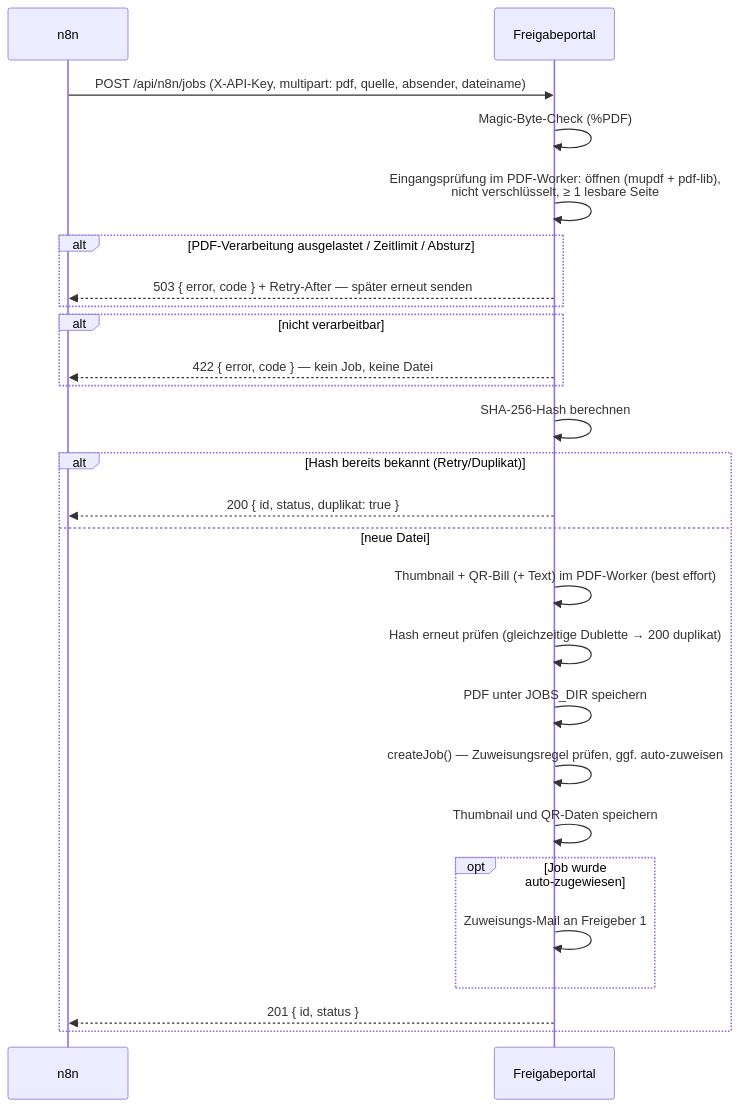
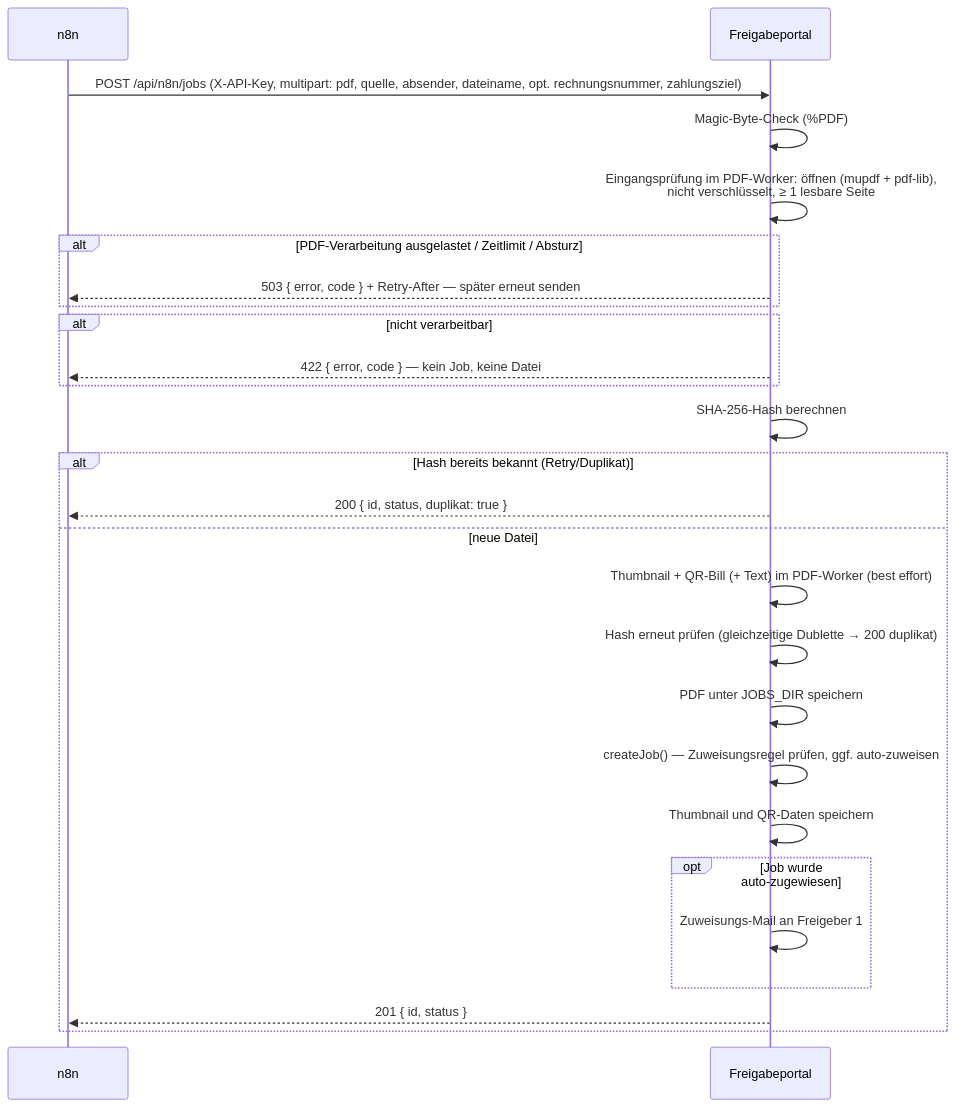
One commit to rony326/freigabeportal changed the first of 3 diagrams in docs/n8n-schnittstelle.md. Above: the diagram before and after it, drawn with Mermaid. The commit also changed other lines of this file and 11 other files, not shown here.

First line of the commit message:
feat: Rechnungsnummer und Zahlungsziel optional beim Rechnungseingang (Version 1.4.5)

````diff
--- a/docs/n8n-schnittstelle.md
+++ b/docs/n8n-schnittstelle.md
@@ -16,29 +16,29 @@
 ```mermaid
 sequenceDiagram
     participant n8n
     participant P as Freigabeportal
 
-    n8n->>P: POST /api/n8n/jobs (X-API-Key, multipart: pdf, quelle, absender, dateiname)
+    n8n->>P: POST /api/n8n/jobs (X-API-Key, multipart: pdf, quelle, absender, dateiname, opt. rechnungsnummer, zahlungsziel)
     P->>P: Magic-Byte-Check (%PDF)
     P->>P: Eingangsprüfung im PDF-Worker: öffnen (mupdf + pdf-lib),<br/>nicht verschlüsselt, ≥ 1 lesbare Seite
     alt PDF-Verarbeitung ausgelastet / Zeitlimit / Absturz
         P-->>n8n: 503 { error, code } + Retry-After — später erneut senden
     end
     alt nicht verarbeitbar
         P-->>n8n: 422 { error, code } — kein Job, keine Datei
     end
     P->>P: SHA-256-Hash berechnen
     alt Hash bereits bekannt (Retry/Duplikat)
         P-->>n8n: 200 { id, status, duplikat: true }
     else neue Datei
         P->>P: Thumbnail + QR-Bill (+ Text) im PDF-Worker (best effort)
         P->>P: Hash erneut prüfen (gleichzeitige Dublette → 200 duplikat)
         P->>P: PDF unter JOBS_DIR speichern
         P->>P: createJob() — Zuweisungsregel prüfen, ggf. auto-zuweisen
         P->>P: Thumbnail und QR-Daten speichern
         opt Job wurde auto-zugewiesen
             P->>P: Zuweisungs-Mail an Freigeber 1
         end
         P-->>n8n: 201 { id, status }
     end
 ```
````
